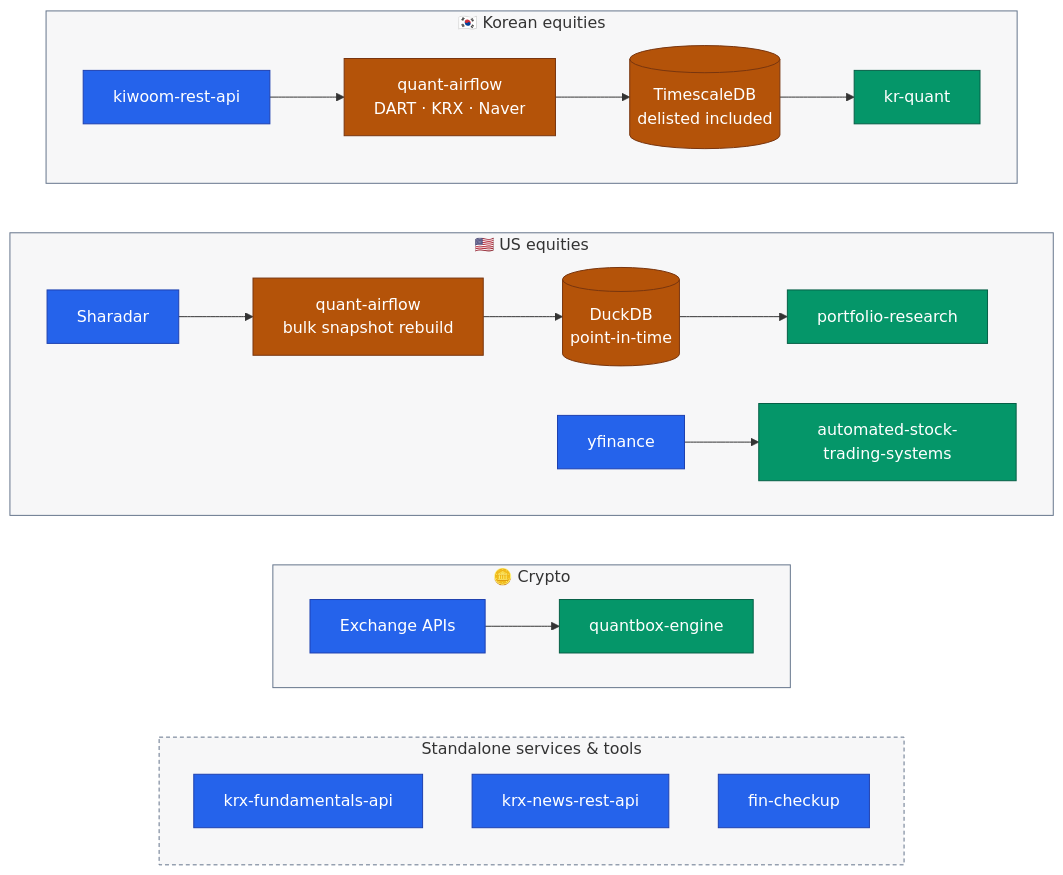
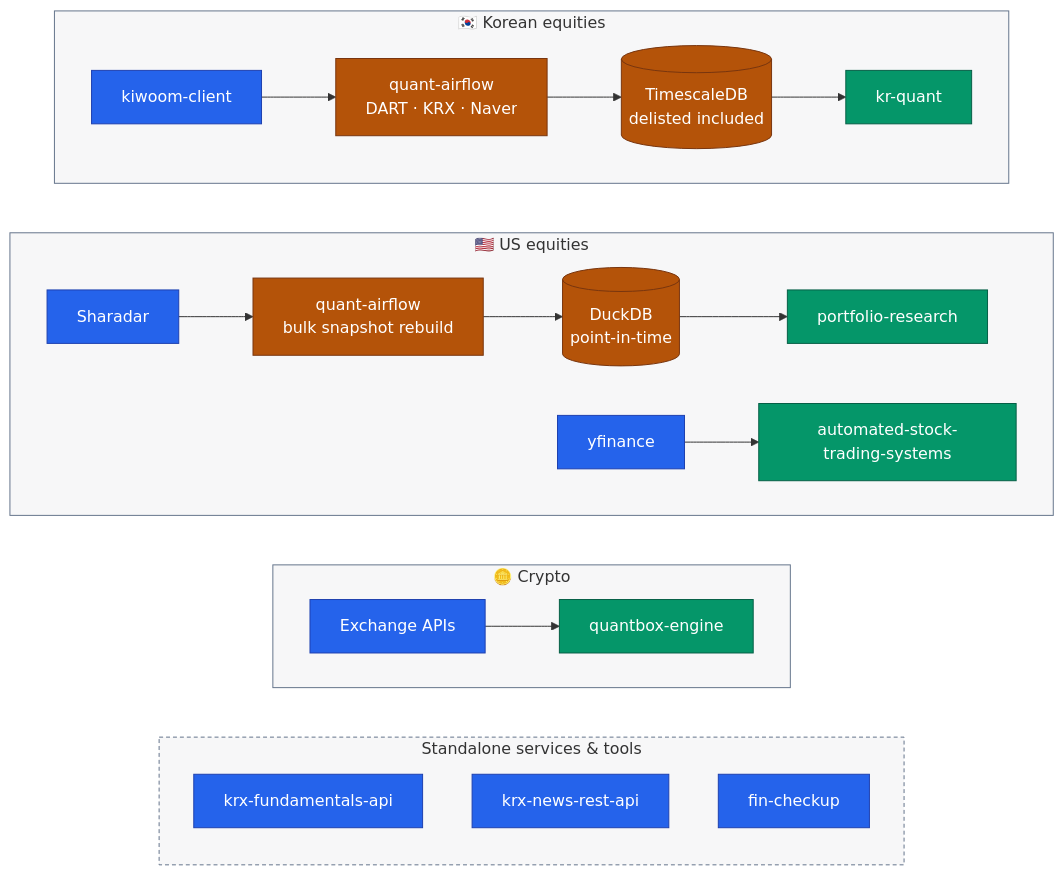
One commit to younghwan91/younghwan91 changed the diagram in README.md. Above: the diagram before and after it, drawn with Mermaid. The commit also changed other lines of this file and 2 other files, not shown here.

Commit message:
docs: kiwoom-rest-api → kiwoom-client 저장소명 변경 반영
Claude-Session: https://claude.ai/code/session_018jWhf1kUqEcVwqyeKNXxQm

````diff
--- a/README.md
+++ b/README.md
@@ -21,41 +21,41 @@
 ```mermaid
 flowchart TB
     subgraph KR ["🇰🇷 Korean equities"]
         direction LR
-        K["kiwoom-rest-api"] --> AF["quant-airflow<br/>DART · KRX · Naver"] --> DB[("TimescaleDB<br/>delisted included")] --> Q["kr-quant"]
+        K["kiwoom-client"] --> AF["quant-airflow<br/>DART · KRX · Naver"] --> DB[("TimescaleDB<br/>delisted included")] --> Q["kr-quant"]
     end
 
     subgraph US ["🇺🇸 US equities"]
         direction LR
         SH["Sharadar"] --> AFU["quant-airflow<br/>bulk snapshot rebuild"] --> DD[("DuckDB<br/>point-in-time")] --> O["portfolio-research"]
         YF["yfinance"] --> AT["automated-stock-trading-systems"]
     end
 
     subgraph CX ["🪙 Crypto"]
         direction LR
         EX["Exchange APIs"] --> CR["quantbox-engine"]
     end
 
     subgraph SVC ["Standalone services & tools"]
         direction TB
         F["krx-fundamentals-api"]
         NW["krx-news-rest-api"]
         FC["fin-checkup"]
     end
 
     %% 세로 정렬용 — `~~~` 는 그 자체로 보이지 않는 링크다(linkStyle 불필요).
     KR ~~~ US ~~~ CX ~~~ SVC
 
     classDef source fill:#2563EB,stroke:#1E40AF,color:#FFFFFF
     classDef move   fill:#B45309,stroke:#78350F,color:#FFFFFF
     classDef out    fill:#059669,stroke:#065F46,color:#FFFFFF
 
     class K,SH,YF,EX,F,NW,FC source
     class AF,AFU,DB,DD move
     class Q,O,AT,CR out
 
     style KR  fill:#0F172A08,stroke:#64748B
     style US  fill:#0F172A08,stroke:#64748B
     style CX  fill:#0F172A08,stroke:#64748B
     style SVC fill:#0F172A08,stroke:#64748B,stroke-dasharray:4 3
 ```
````
